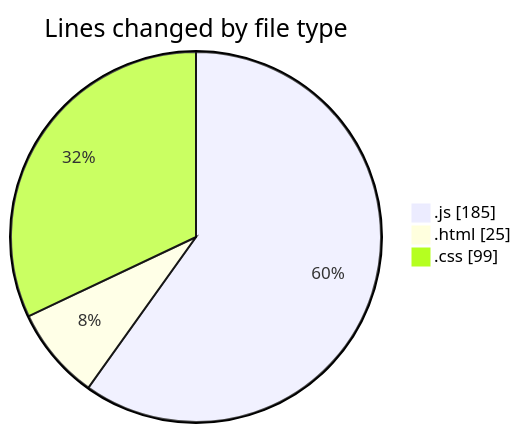
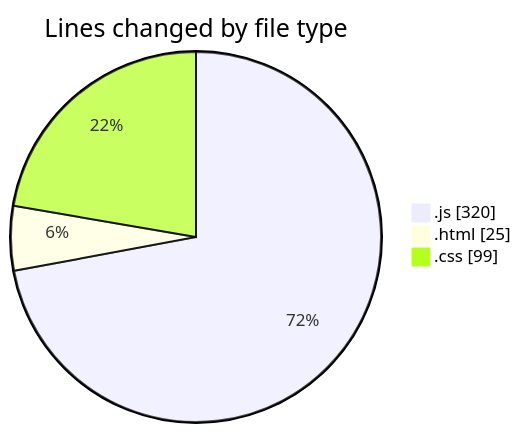
One commit to Ritupan-Deka/code-tracking changed the first of 2 diagrams in 2025-01-19/typing_game/README.md. Above: the diagram before and after it, drawn with Mermaid. The commit also changed other lines of this file and 1 other file, not shown here.

````diff
--- a/2025-01-19/typing_game/README.md
+++ b/2025-01-19/typing_game/README.md
@@ -22,7 +22,7 @@
 ```mermaid
 pie showData
 title Lines changed by file type
-".js" : 185
+".js" : 320
 ".html" : 25
 ".css" : 99
 ```
````
